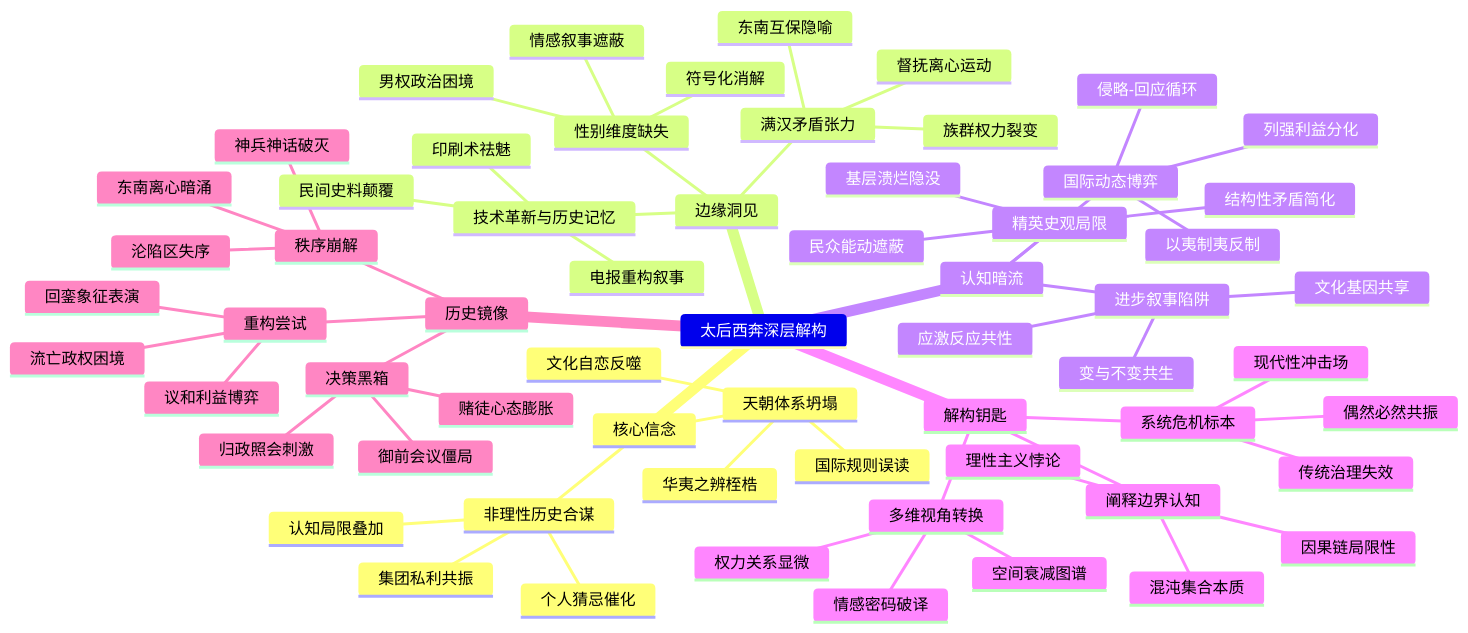
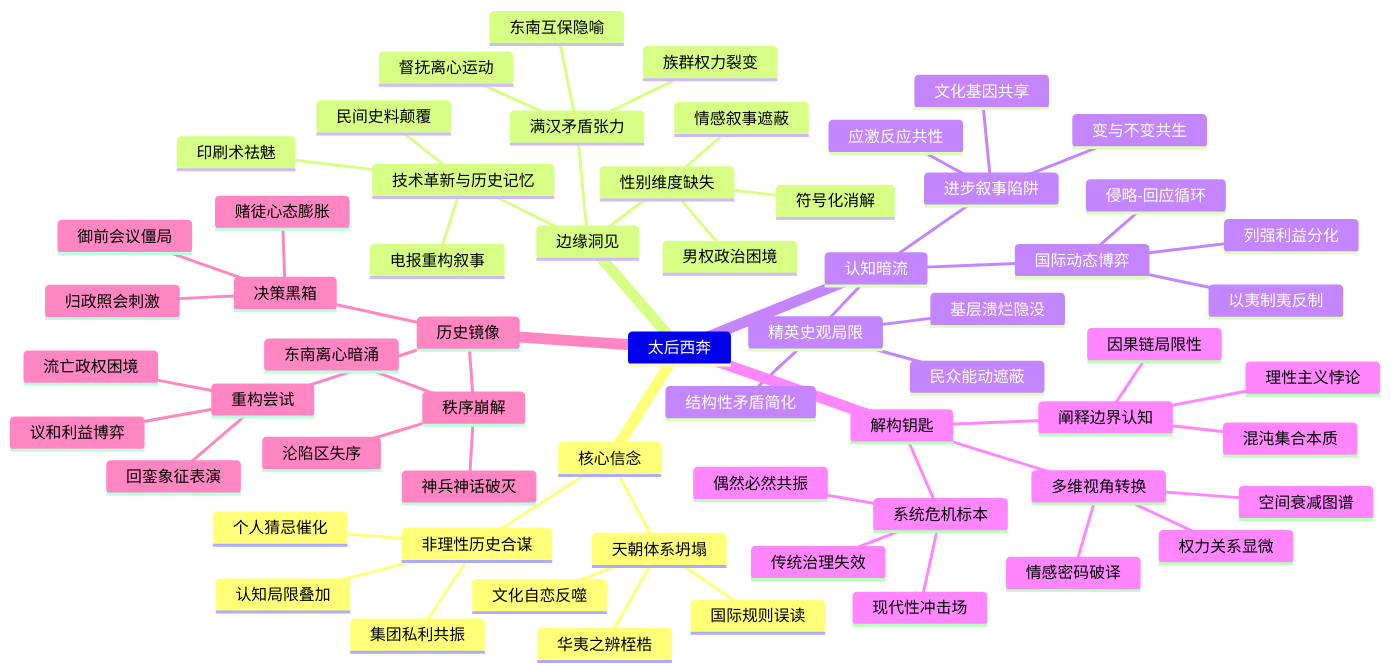
Before and after one commit to funloss/funKnowledge: the diagram in 读书/中国历史/太后西奔.md, drawn with Mermaid. The commit also changed 74 other files, not shown here.

````diff
--- a/读书/中国历史/太后西奔.md
+++ b/读书/中国历史/太后西奔.md
@@ -2,65 +2,65 @@
 ```mermaid
 mindmap
-    太后西奔深层解构
+    太后西奔
         核心信念
             非理性历史合谋
                 个人猜忌催化
                 集团私利共振
                 认知局限叠加
             天朝体系坍塌
                 华夷之辨桎梏
                 国际规则误读
                 文化自恋反噬
         边缘洞见
             技术革新与历史记忆
                 印刷术祛魅
                 电报重构叙事
                 民间史料颠覆
             满汉矛盾张力
                 督抚离心运动
                 族群权力裂变
                 东南互保隐喻
             性别维度缺失
                 男权政治困境
                 情感叙事遮蔽
                 符号化消解
         认知暗流
             精英史观局限
                 基层溃烂隐没
                 民众能动遮蔽
                 结构性矛盾简化
             进步叙事陷阱
                 变与不变共生
                 文化基因共享
                 应激反应共性
             国际动态博弈
                 列强利益分化
                 以夷制夷反制
                 侵略-回应循环
         解构钥匙
             系统危机标本
                 传统治理失效
                 现代性冲击场
                 偶然必然共振
             多维视角转换
                 空间衰减图谱
                 情感密码破译
                 权力关系显微
             阐释边界认知
                 因果链局限性
                 混沌集合本质
                 理性主义悖论
         历史镜像
             决策黑箱
                 御前会议僵局
                 归政照会刺激
                 赌徒心态膨胀
             秩序崩解
                 神兵神话破灭
                 东南离心暗涌
                 沦陷区失序
             重构尝试
                 议和利益博弈
                 流亡政权困境
                 回銮象征表演
 ``` 
````
